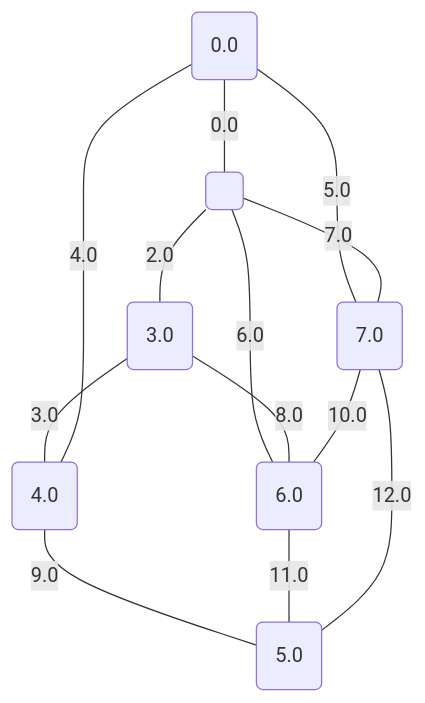
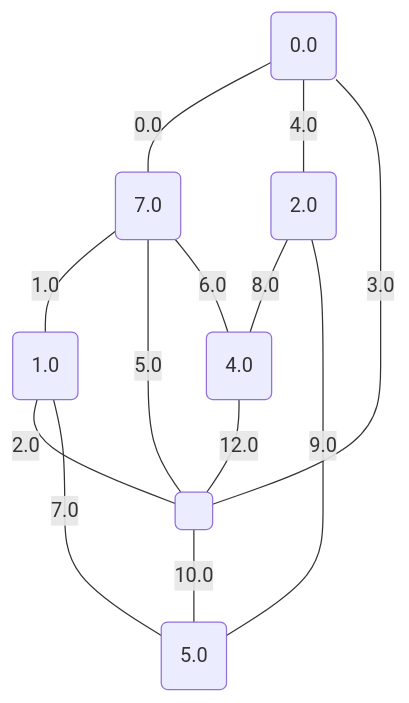
One commit to metury/graphs changed the seventh of 17 diagrams in project/src/testing/showcase/minCutPetersen.md. Above: the diagram before and after it, drawn with Mermaid. The commit also changed other lines of this file and 33 other files, not shown here.

````diff
--- a/project/src/testing/showcase/minCutPetersen.md
+++ b/project/src/testing/showcase/minCutPetersen.md
@@ -191,22 +191,22 @@
 ```mermaid
 graph TD;
 	0("0.0");
-	1("3.0");
-	2("4.0");
-	3("5.0");
-	4("6.0");
+	1("1.0");
+	2("2.0");
+	3("4.0");
+	4("5.0");
 	5("7.0");
 	6(" ");
-	0 -- "0.0" --- 6;
-	6 -- "2.0" --- 1;
-	1 -- "3.0" --- 2;
-	2 -- "4.0" --- 0;
-	0 -- "5.0" --- 5;
-	6 -- "6.0" --- 4;
-	6 -- "7.0" --- 5;
-	1 -- "8.0" --- 4;
-	2 -- "9.0" --- 3;
-	5 -- "10.0" --- 4;
-	4 -- "11.0" --- 3;
-	5 -- "12.0" --- 3;
+	0 -- "0.0" --- 5;
+	5 -- "1.0" --- 1;
+	1 -- "2.0" --- 6;
+	6 -- "3.0" --- 0;
+	0 -- "4.0" --- 2;
+	5 -- "5.0" --- 6;
+	5 -- "6.0" --- 3;
+	1 -- "7.0" --- 4;
+	2 -- "8.0" --- 3;
+	2 -- "9.0" --- 4;
+	6 -- "10.0" --- 4;
+	3 -- "12.0" --- 6;
 ```
````
